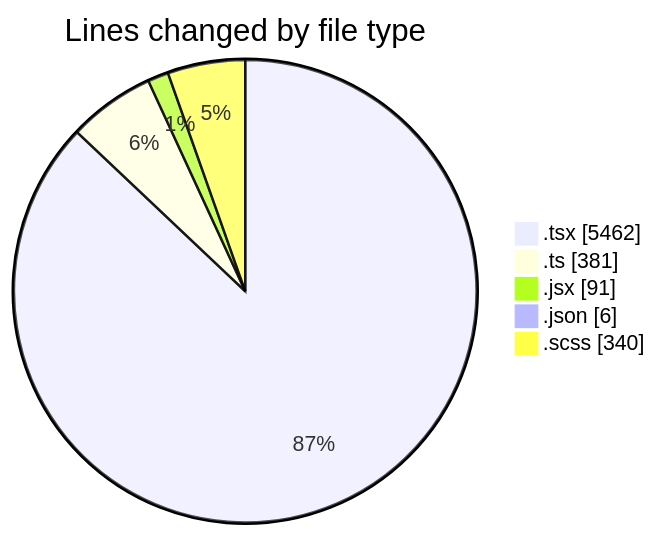
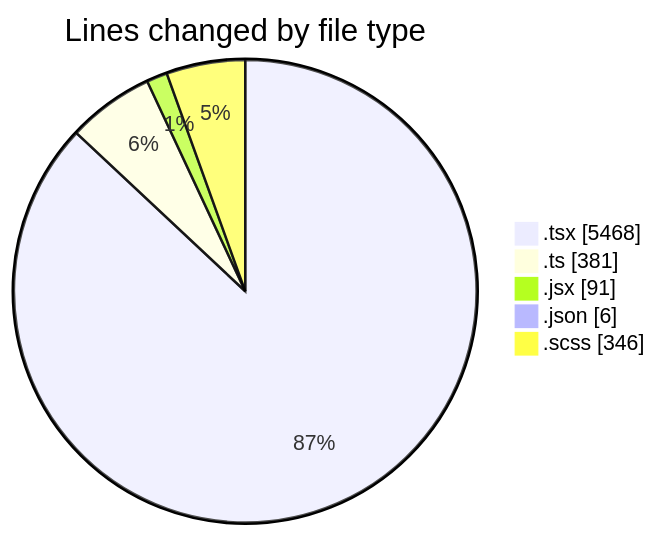
The first of 2 diagrams in 2026-04-27/cda/README.md (momahboobian/code-tracking), drawn with Mermaid before and after one commit. The commit also changed other lines of this file and 1 other file, not shown here.

````diff
--- a/2026-04-27/cda/README.md
+++ b/2026-04-27/cda/README.md
@@ -44,9 +44,9 @@
 ```mermaid
 pie showData
 title Lines changed by file type
-".tsx" : 5462
+".tsx" : 5468
 ".ts" : 381
 ".jsx" : 91
 ".json" : 6
-".scss" : 340
+".scss" : 346
 ```
````
